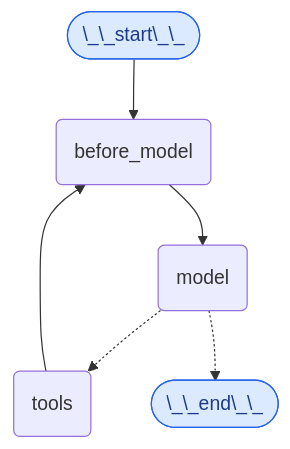
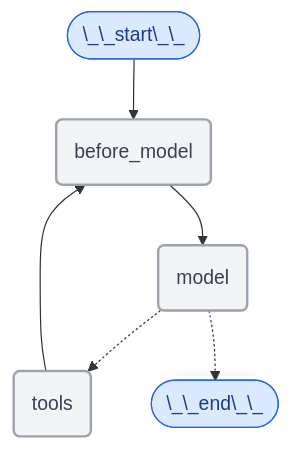
The first of 2 diagrams in oss/javascript/langchain/short-term-memory.mdx (kunfan96/cndocs-langchain), drawn with Mermaid before and after one commit. The commit also changed other lines of this file and 2611 other files, not shown here.

````diff
--- a/oss/javascript/langchain/short-term-memory.mdx
+++ b/oss/javascript/langchain/short-term-memory.mdx
@@ -544,25 +548,26 @@
 ```mermaid
 %%{
     init: {
         "fontFamily": "monospace",
         "flowchart": {
         "curve": "basis"
-        },
-        "themeVariables": {"edgeLabelBackground": "transparent"}
+        }
     }
 }%%
 graph TD
     S(["\_\_start\_\_"])
     PRE(before_model)
     MODEL(model)
     TOOLS(tools)
     END(["\_\_end\_\_"])
     S --> PRE
     PRE --> MODEL
     MODEL -.-> TOOLS
     MODEL -.-> END
     TOOLS --> PRE
     classDef blueHighlight fill:#DBEAFE,stroke:#2563EB,color:#1E3A8A;
+    classDef neutral fill:#F3F4F6,stroke:#9CA3AF,stroke-width:2px,color:#374151;
     class S blueHighlight;
     class END blueHighlight;
+    class PRE,MODEL,TOOLS neutral;
 ```
````
